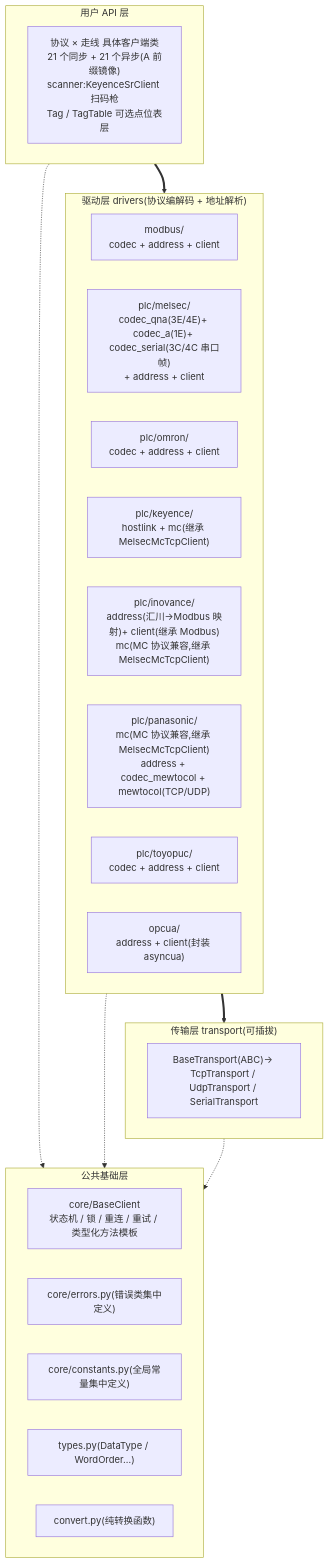
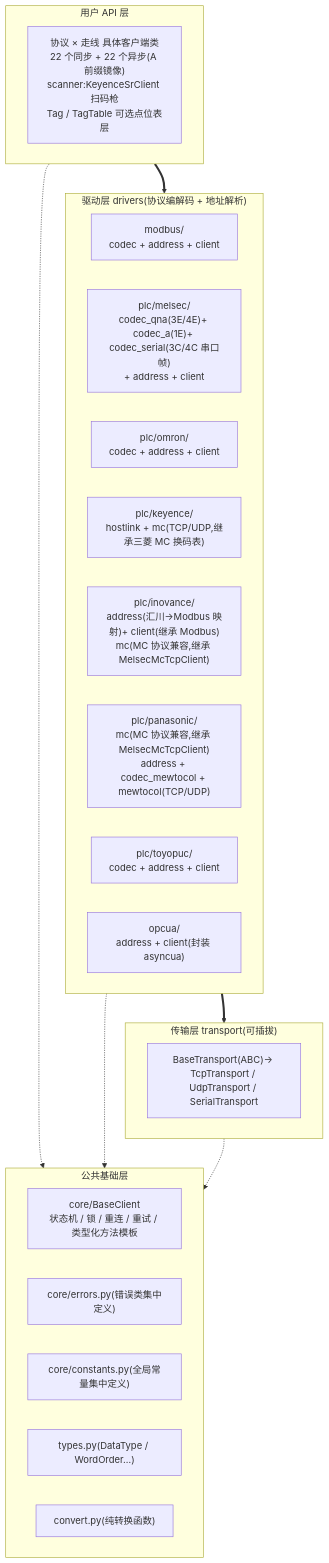
Before and after one commit to yunluo/omniplc: the first of 3 diagrams in docs/architecture.md, drawn with Mermaid. The commit also changed other lines of this file and 6 other files, not shown here.

Commit message:
基恩士 KV MC 协议兼容 UDP 走线:KeyenceMcUdpClient 继承 MelsecMcUdpClient,与 TCP 版共用码表混入(_KeyenceMcCodeMixin),一问一答一数据报复用三菱实现,端口 5000

````diff
--- a/docs/architecture.md
+++ b/docs/architecture.md
@@ -13,32 +13,32 @@
 ```mermaid
 flowchart TB
     subgraph UserApi["用户 API 层"]
-        Clients["协议 × 走线 具体客户端类<br/>21 个同步 + 21 个异步(A 前缀镜像)<br/>scanner:KeyenceSrClient 扫码枪<br/>Tag / TagTable 可选点位表层"]
+        Clients["协议 × 走线 具体客户端类<br/>22 个同步 + 22 个异步(A 前缀镜像)<br/>scanner:KeyenceSrClient 扫码枪<br/>Tag / TagTable 可选点位表层"]
     end
     subgraph Drivers["驱动层 drivers(协议编解码 + 地址解析)"]
         Modbus["modbus/<br/>codec + address + client"]
         Melsec["plc/melsec/<br/>codec_qna(3E/4E)+ codec_a(1E)+ codec_serial(3C/4C 串口帧)<br/>+ address + client"]
         Omron["plc/omron/<br/>codec + address + client"]
-        Keyence["plc/keyence/<br/>hostlink + mc(继承 MelsecMcTcpClient)"]
+        Keyence["plc/keyence/<br/>hostlink + mc(TCP/UDP,继承三菱 MC 换码表)"]
         InovanceD["plc/inovance/<br/>address(汇川→Modbus 映射)+ client(继承 Modbus)<br/>mc(MC 协议兼容,继承 MelsecMcTcpClient)"]
         PanasonicD["plc/panasonic/<br/>mc(MC 协议兼容,继承 MelsecMcTcpClient)<br/>address + codec_mewtocol + mewtocol(TCP/UDP)"]
         Toyopuc["plc/toyopuc/<br/>codec + address + client"]
         Opcua["opcua/<br/>address + client(封装 asyncua)"]
     end
     subgraph TransportLayer["传输层 transport(可插拔)"]
         TransportList["BaseTransport(ABC)→ TcpTransport / UdpTransport / SerialTransport"]
     end
     subgraph CoreLayer["公共基础层"]
         BaseClientC["core/BaseClient<br/>状态机 / 锁 / 重连 / 重试 / 类型化方法模板"]
         Errors["core/errors.py(错误类集中定义)"]
         Constants["core/constants.py(全局常量集中定义)"]
         TypesC["types.py(DataType / WordOrder…)"]
         ConvertC["convert.py(纯转换函数)"]
     end
 
     UserApi ==> Drivers
     Drivers ==> TransportLayer
     UserApi -.-> CoreLayer
     Drivers -.-> CoreLayer
     TransportLayer -.-> CoreLayer
 ```
````
